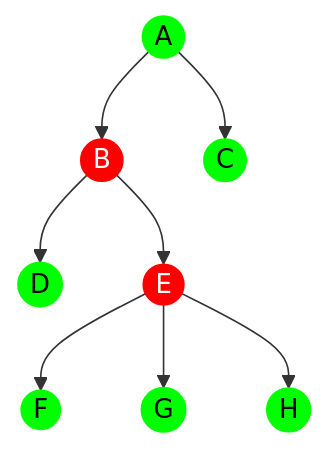
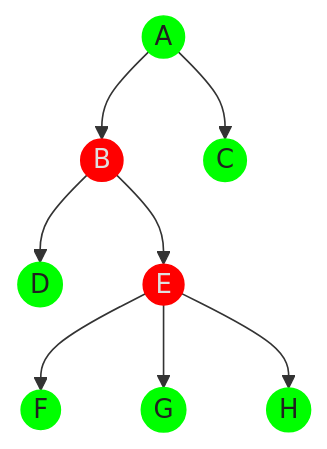
One commit to makcandrov/forke changed the first of 3 diagrams in README.md. Above: the diagram before and after it, drawn with Mermaid. The commit also changed other lines of this file, not shown here.

Commit message:
graph colors

````diff
--- a/README.md
+++ b/README.md
@@ -49,16 +49,16 @@
 ```mermaid
 graph TD
-    classDef red fill:#ff0000,stroke:#ff0000,color:#ffffff;
-    classDef green fill:#00ff00,stroke:#00ff00,color:#000000;
+    classDef red fill:#ff0000,stroke:#ff0000,color:#dfdfdf;
+    classDef green fill:#00ff00,stroke:#00ff00,color:#202020;
 
     A((A))-->B((B));
     A-->C((C));
     B-->D((D));
     B-->E((E));
     E-->F((F));
     E-->G((G));
     E-->H((H));
 
     class B,E red;
     class A,C,D,F,G,H green;
 ```
````
